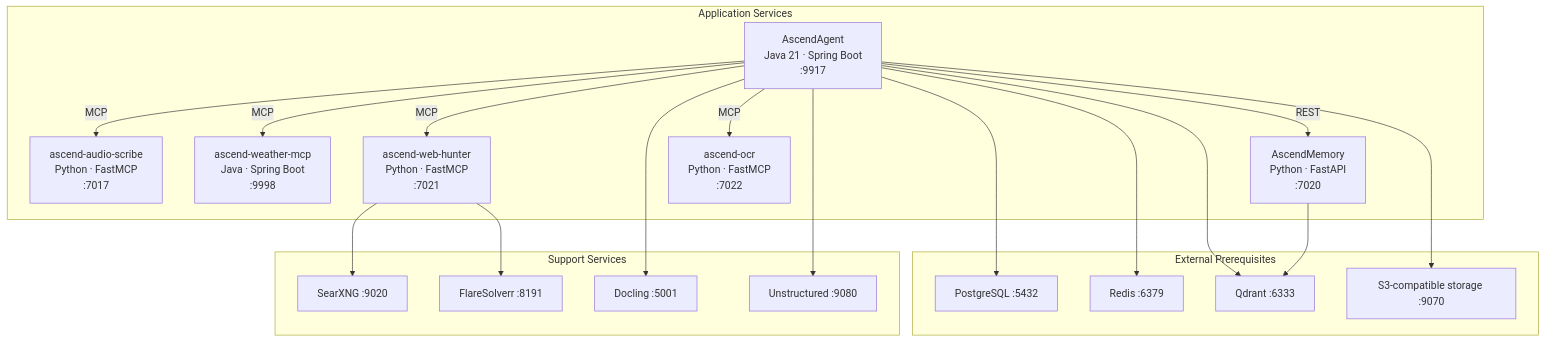
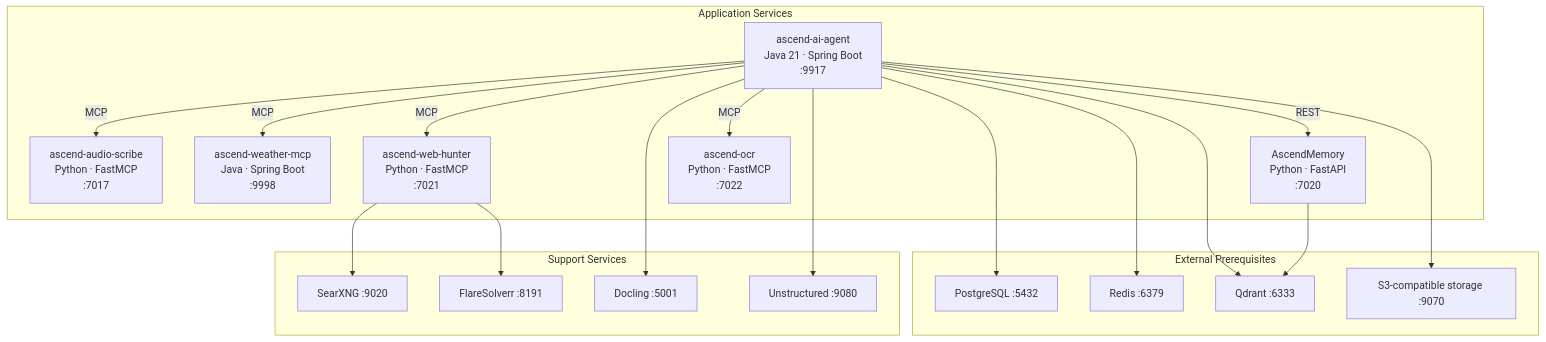
One commit to Lukk17/AscendAI changed the first of 3 diagrams in docs/architecture/arc42/03-building-blocks.md. Above: the diagram before and after it, drawn with Mermaid. The commit also changed other lines of this file and 1175 other files, not shown here.

````diff
--- a/docs/architecture/arc42/03-building-blocks.md
+++ b/docs/architecture/arc42/03-building-blocks.md
@@ -7,40 +7,40 @@
 ```mermaid
 graph TB
     subgraph "Application Services"
-        Agent["AscendAgent<br/>Java 21 · Spring Boot<br/>:9917"]
+        Agent["ascend-ai-agent<br/>Java 21 · Spring Boot<br/>:9917"]
         AudioScribe["ascend-audio-scribe<br/>Python · FastMCP<br/>:7017"]
         Weather["ascend-weather-mcp<br/>Java · Spring Boot<br/>:9998"]
         WebHunter["ascend-web-hunter<br/>Python · FastMCP<br/>:7021"]
         Memory["AscendMemory<br/>Python · FastAPI<br/>:7020"]
         PaddleOCR["ascend-ocr<br/>Python · FastMCP<br/>:7022"]
     end
 
     subgraph "External Prerequisites"
         Postgres["PostgreSQL :5432"]
         Redis["Redis :6379"]
         Qdrant["Qdrant :6333"]
         S3["S3-compatible storage :9070"]
     end
 
     subgraph "Support Services"
         SearXNG["SearXNG :9020"]
         Flare["FlareSolverr :8191"]
         Docling["Docling :5001"]
         Unstructured["Unstructured :9080"]
     end
 
     Agent -->|"MCP"| AudioScribe
     Agent -->|"MCP"| Weather
     Agent -->|"MCP"| WebHunter
     Agent -->|"MCP"| PaddleOCR
     Agent -->|"REST"| Memory
     Agent --> Postgres
     Agent --> Redis
     Agent --> Qdrant
     Agent --> S3
     Agent --> Docling
     Agent --> Unstructured
     WebHunter --> SearXNG
     WebHunter --> Flare
     Memory --> Qdrant
 ```
````
